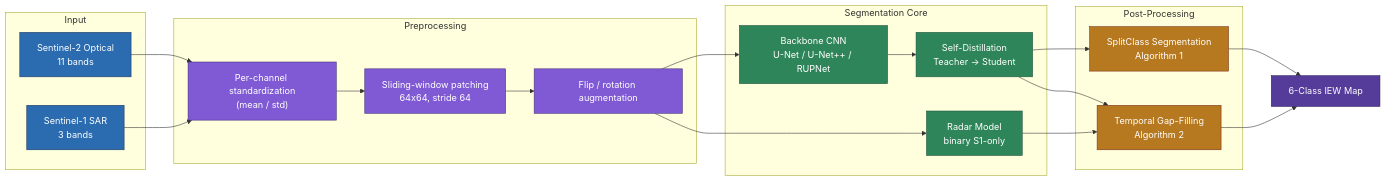
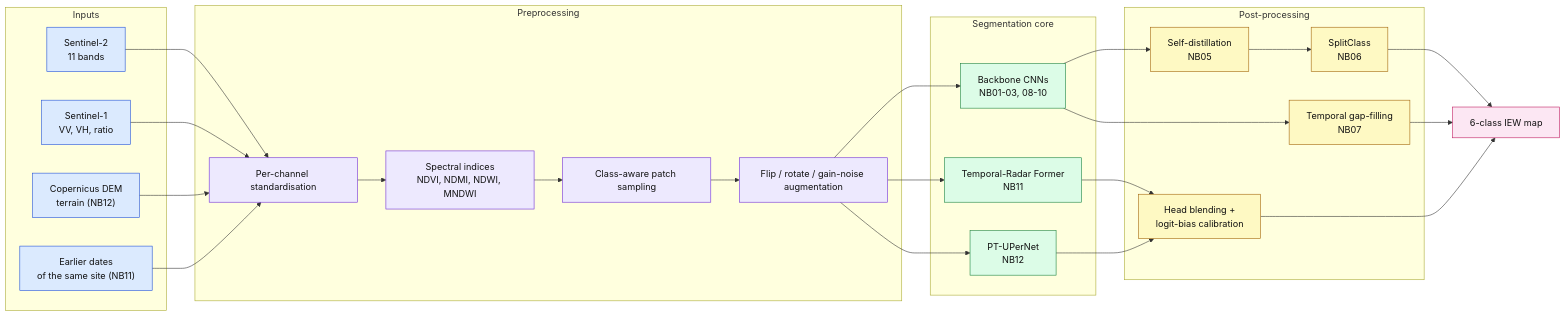
One commit to Tetra4ge/flood-segmentation-sentinel12 changed the fifth of 23 diagrams in README.md. Above: the diagram before and after it, drawn with Mermaid. The commit also changed other lines of this file, not shown here.

````diff
--- a/README.md
+++ b/README.md
@@ -23,45 +194,56 @@
 ```mermaid
 flowchart LR
-    subgraph IN["Input"]
-        S2["Sentinel-2 Optical\n11 bands"]
-        S1["Sentinel-1 SAR\n3 bands"]
+    subgraph IN["Inputs"]
+        S2["Sentinel-2<br/>11 bands"]
+        S1["Sentinel-1<br/>VV, VH, ratio"]
+        DEM["Copernicus DEM<br/>terrain (NB12)"]
+        HIST["Earlier dates<br/>of the same site (NB11)"]
     end
 
     subgraph PRE["Preprocessing"]
-        PP1["Per-channel standardization\n(mean / std)"]
-        PP2["Sliding-window patching\n64x64, stride 64"]
-        PP3["Flip / rotation augmentation"]
+        P1["Per-channel standardisation"]
+        P2["Spectral indices<br/>NDVI, NDMI, NDWI, MNDWI"]
+        P3["Class-aware patch sampling"]
+        P4["Flip / rotate / gain-noise augmentation"]
     end
 
-    subgraph CORE["Segmentation Core"]
-        BB["Backbone CNN\nU-Net / U-Net++ / RUPNet"]
-        KD["Self-Distillation\nTeacher -> Student"]
-        RM["Radar Model\nbinary S1-only"]
+    subgraph CORE["Segmentation core"]
+        M1["Backbone CNNs<br/>NB01-03, 08-10"]
+        M2["Temporal-Radar Former<br/>NB11"]
+        M3["PT-UPerNet<br/>NB12"]
     end
 
-    subgraph POST["Post-Processing"]
-        SC["SplitClass Segmentation\nAlgorithm 1"]
-        GF["Temporal Gap-Filling\nAlgorithm 2"]
+    subgraph POST["Post-processing"]
+        KD["Self-distillation<br/>NB05"]
+        SC["SplitClass<br/>NB06"]
+        GF["Temporal gap-filling<br/>NB07"]
+        CAL["Head blending +<br/>logit-bias calibration"]
     end
 
-    OUT["6-Class IEW Map"]
+    OUT["6-class IEW map"]
 
-    S2 --> PP1 --> PP2 --> PP3 --> BB
-    S1 --> PP1
-    BB --> KD --> SC
-    PP3 --> RM --> GF
-    KD --> GF
-    SC --> OUT
-    GF --> OUT
+    S2 --> P1
+    S1 --> P1
+    DEM --> P1
+    HIST --> P1
+    P1 --> P2 --> P3 --> P4
+    P4 --> M1
+    P4 --> M2
+    P4 --> M3
+    M1 --> KD --> SC --> OUT
+    M1 --> GF --> OUT
+    M2 --> CAL
+    M3 --> CAL
+    CAL --> OUT
 
-    classDef input fill:#2b6cb0,stroke:#1a365d,color:#fff
-    classDef pre fill:#805ad5,stroke:#44337a,color:#fff
-    classDef core fill:#2f855a,stroke:#22543d,color:#fff
-    classDef post fill:#b7791f,stroke:#7b341e,color:#fff
-    classDef output fill:#553c9a,stroke:#322659,color:#fff
-    class S2,S1 input
-    class PP1,PP2,PP3 pre
-    class BB,KD,RM core
-    class SC,GF post
-    class OUT output
+    classDef input fill:#dbeafe,stroke:#1d4ed8,color:#111
+    classDef pre fill:#ede9fe,stroke:#6d28d9,color:#111
+    classDef core fill:#dcfce7,stroke:#15803d,color:#111
+    classDef post fill:#fef9c3,stroke:#a16207,color:#111
+    classDef out fill:#fce7f3,stroke:#be185d,color:#111
+    class S2,S1,DEM,HIST input
+    class P1,P2,P3,P4 pre
+    class M1,M2,M3 core
+    class KD,SC,GF,CAL post
+    class OUT out
 ```
````
